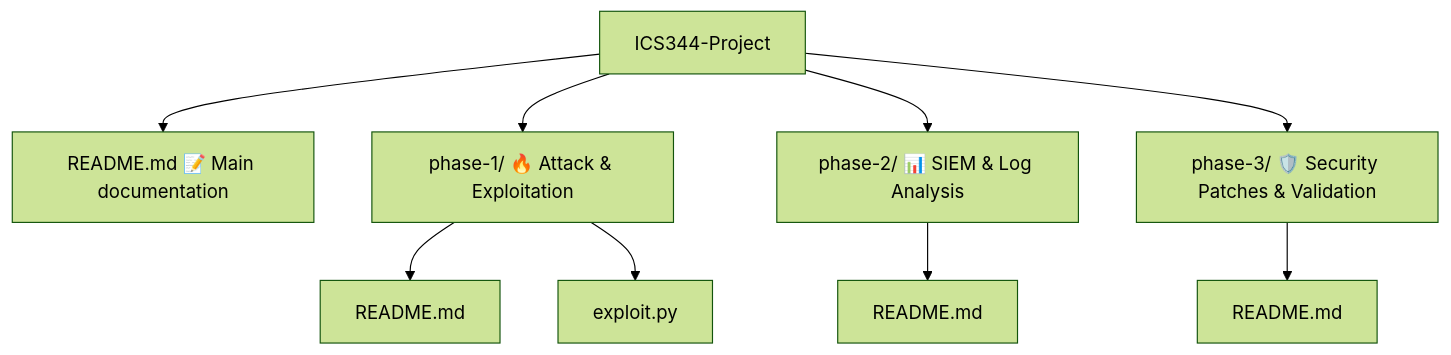
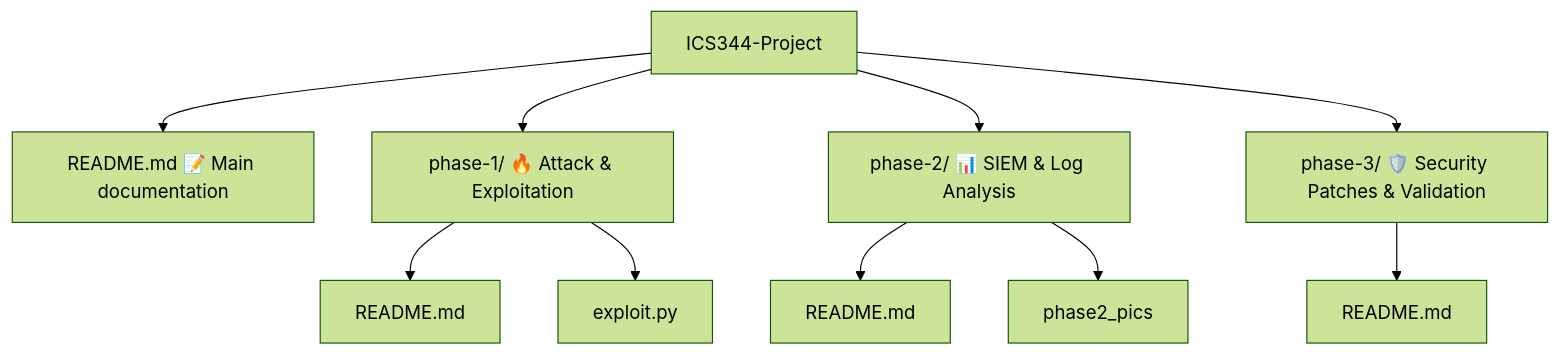
One commit to Hayder-Aleissa/ICS344-Project changed the diagram in readme.md. Above: the diagram before and after it, drawn with Mermaid (forest theme).

Commit message:
added the folder "phase2_pics" to the main readme

````diff
--- a/readme.md
+++ b/readme.md
@@ -69,16 +69,17 @@
 ```mermaid
 graph TD;
     A[ICS344-Project] --> B[README.md 📝 Main documentation]
     A --> C[phase-1/ 🔥 Attack & Exploitation]
     C --> C1[README.md]
     C --> C2[exploit.py]
 
     
     A --> D[phase-2/ 📊 SIEM & Log Analysis]
     D --> D1[README.md]
+    D --> D2[phase2_pics]
 
 
     A --> E[phase-3/ 🛡️ Security Patches & Validation]
     E --> E1[README.md]
 
 ```
````
